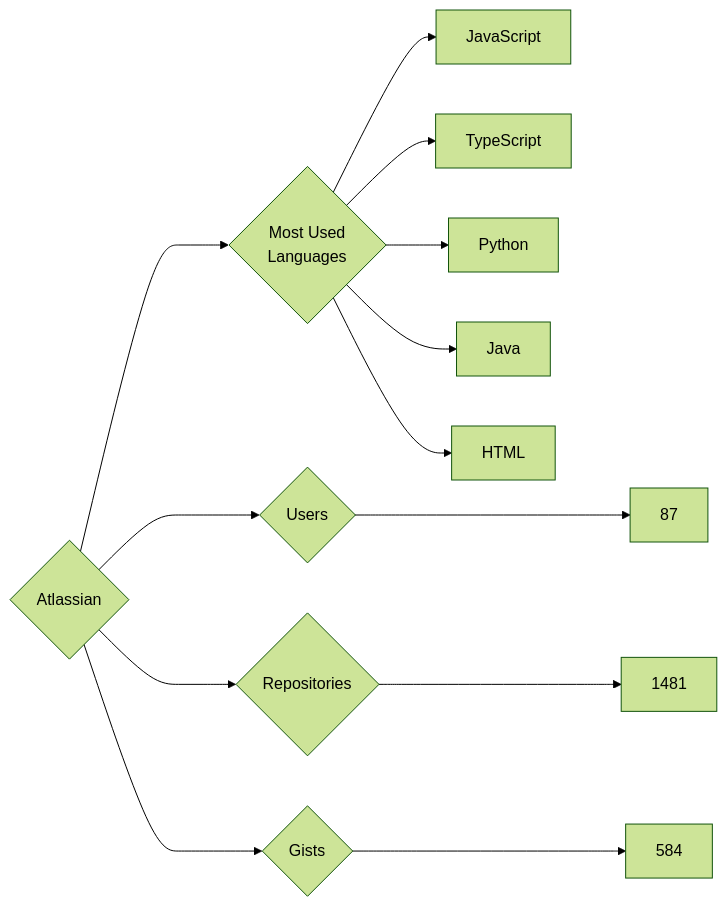
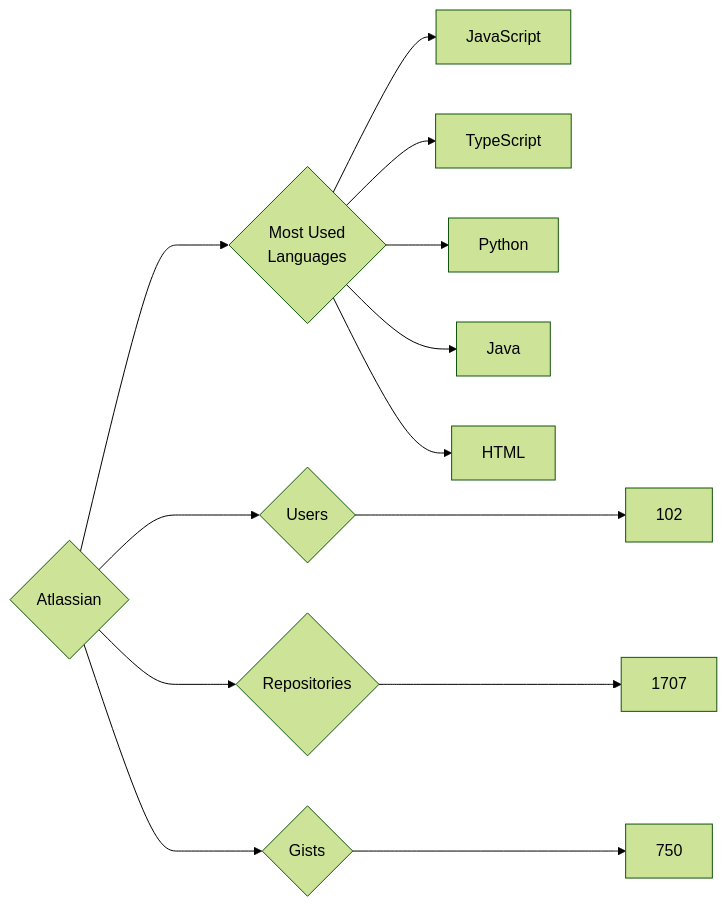
Before and after one commit to trickest/insiders: the diagram in targets/Atlassian/README.md, drawn with Mermaid (forest theme). The commit also changed 873 other files, not shown here.

````diff
--- a/targets/Atlassian/README.md
+++ b/targets/Atlassian/README.md
@@ -3,13 +3,13 @@
 ```mermaid
 graph LR
 COMPANY_NAME{Atlassian}
-COMPANY_NAME ---> U{Users} ---> UN[87]
-COMPANY_NAME ---> R{Repositories} ---> RN[1481]
-COMPANY_NAME ---> G{Gists} ---> GN[584]
+COMPANY_NAME ---> U{Users} ---> UN[102]
+COMPANY_NAME ---> R{Repositories} ---> RN[1707]
+COMPANY_NAME ---> G{Gists} ---> GN[750]
 COMPANY_NAME ---> ML{Most Used<br>Languages}
 ML --> JavaScript[JavaScript]
 ML --> TypeScript[TypeScript]
 ML --> Python[Python]
 ML --> Java[Java]
 ML --> HTML[HTML]
 ```
````
